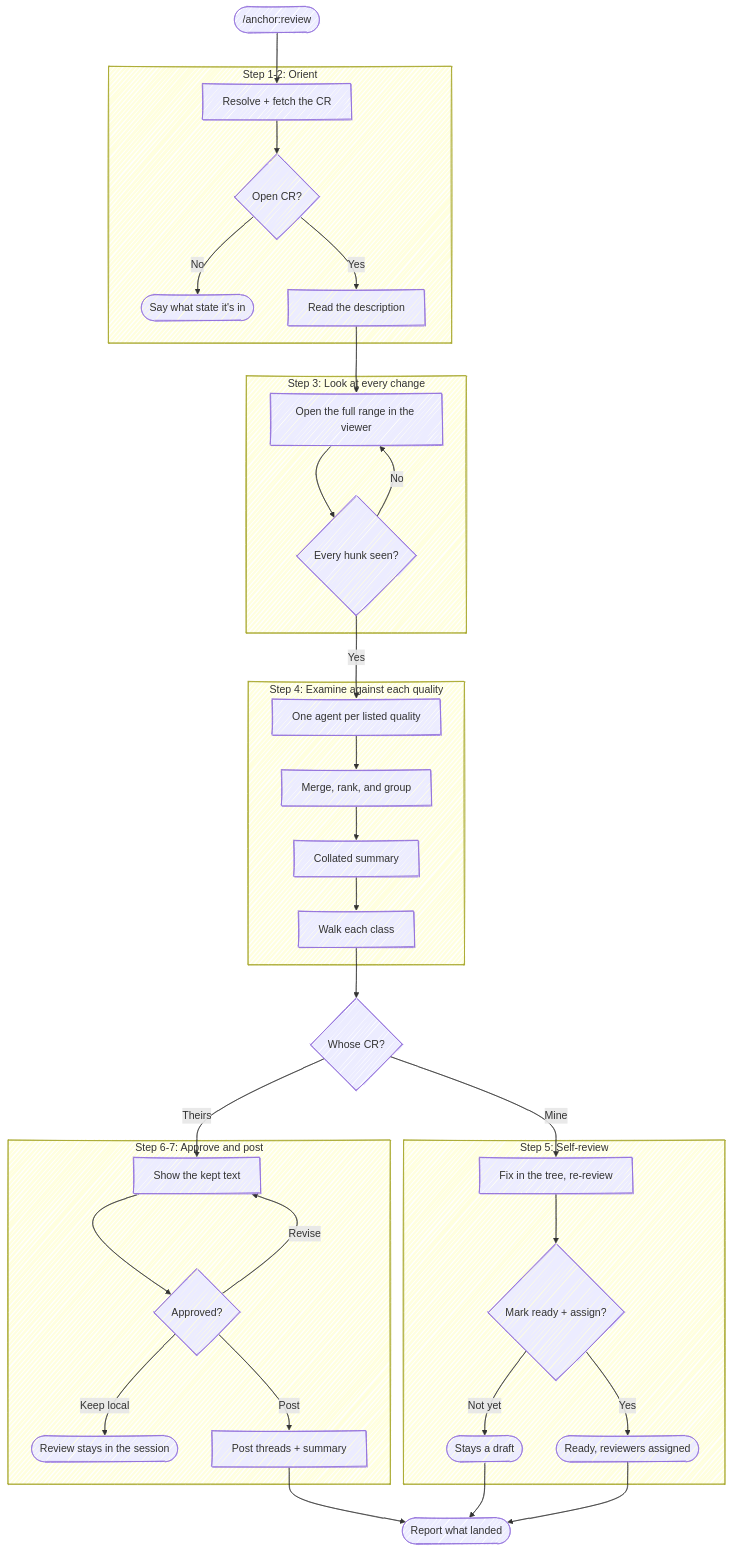
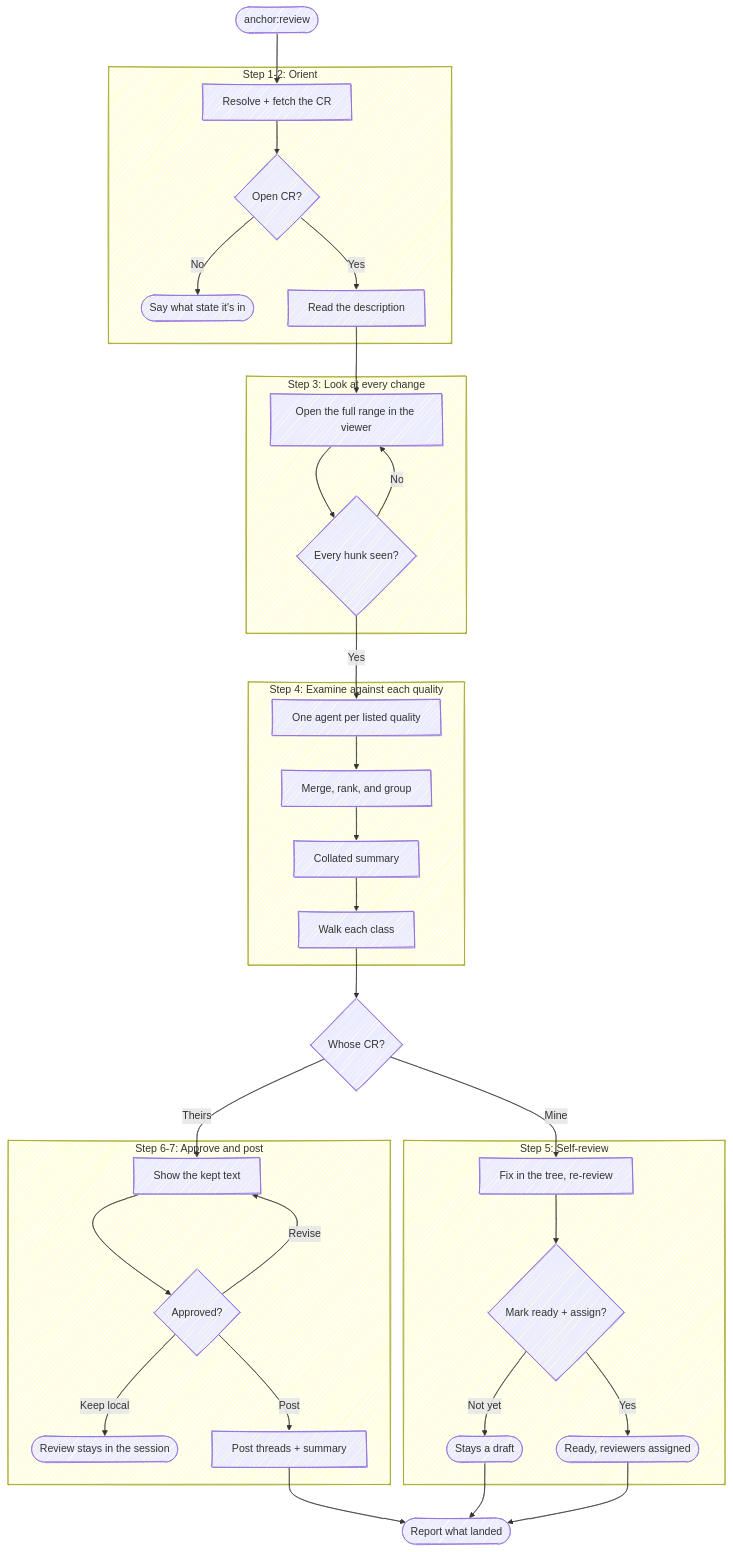
The diagram in skills/review/SKILL.md (chris-peterson/anchor), drawn with Mermaid before and after one commit. The commit also changed other lines of this file and 42 other files, not shown here.

````diff
--- a/skills/review/SKILL.md
+++ b/skills/review/SKILL.md
@@ -47,44 +51,44 @@
 ```mermaid
 %%{ init: { 'look': 'handDrawn' } }%%
 flowchart TD
-    Start(["/anchor:review"]) --> Resolve["Resolve + fetch the CR"]
+    Start(["anchor:review"]) --> Resolve["Resolve + fetch the CR"]
 
     subgraph "Step 1-2: Orient"
         Resolve --> Open{Open CR?}
         Open -->|No| Stop([Say what state it's in])
         Open -->|Yes| Desc["Read the description"]
     end
 
     subgraph "Step 3: Look at every change"
         Desc --> View["Open the full range in the viewer"]
         View --> Complete{Every hunk seen?}
         Complete -->|No| View
     end
 
     subgraph "Step 4: Examine against each quality"
         Complete -->|Yes| Fan["One agent per listed quality"]
         Fan --> Doc["Merge, rank, and group"]
         Doc --> Brief["Collated summary"]
         Brief --> Walk["Walk each class"]
     end
 
     subgraph "Step 5: Self-review"
         Fix["Fix in the tree, re-review"] --> Ready{Mark ready + assign?}
         Ready -->|Not yet| Draft([Stays a draft])
         Ready -->|Yes| Handoff([Ready, reviewers assigned])
     end
 
     subgraph "Step 6-7: Approve and post"
         Show["Show the kept text"] --> Gate{Approved?}
         Gate -->|Revise| Show
         Gate -->|Keep local| Local([Review stays in the session])
         Gate -->|Post| Post["Post threads + summary"]
     end
 
     Walk --> Who{Whose CR?}
     Who -->|Mine| Fix
     Who -->|Theirs| Show
     Post --> Report([Report what landed])
     Draft --> Report
     Handoff --> Report
 ```
````
